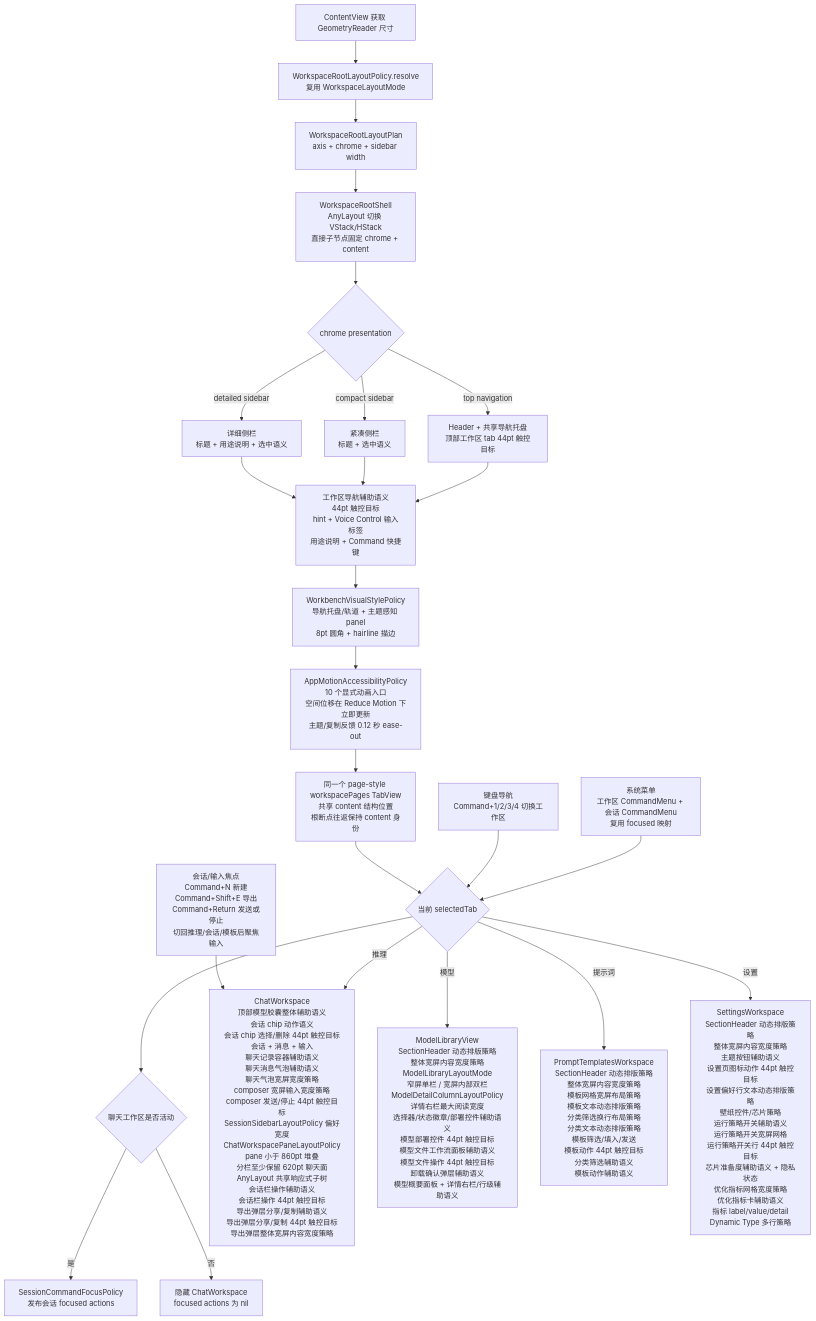
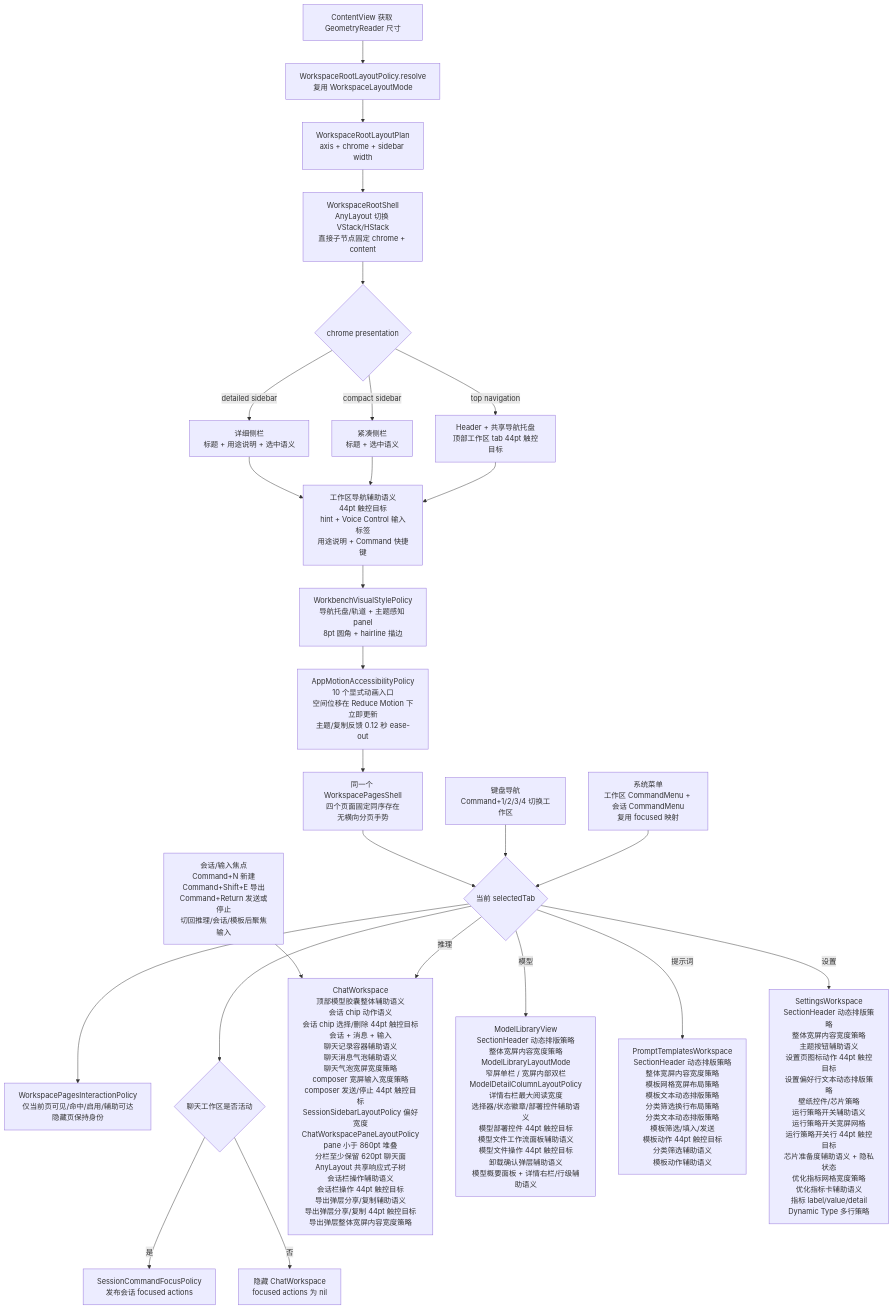
One commit to Altman-sam114/113 changed the fifth of 10 diagrams in md/flow/flowchart.md. Above: the diagram before and after it, drawn with Mermaid. The commit also changed other lines of this file and 8 other files, not shown here.

````diff
--- a/md/flow/flowchart.md
+++ b/md/flow/flowchart.md
@@ -93,27 +94,28 @@
 ```mermaid
 flowchart TD
     A[ContentView 获取 GeometryReader 尺寸] --> B[WorkspaceRootLayoutPolicy.resolve<br/>复用 WorkspaceLayoutMode]
     B --> C[WorkspaceRootLayoutPlan<br/>axis + chrome + sidebar width]
     C --> D[WorkspaceRootShell<br/>AnyLayout 切换 VStack/HStack<br/>直接子节点固定 chrome + content]
     D --> E{chrome presentation}
     E -- top navigation --> N[Header + 共享导航托盘<br/>顶部工作区 tab 44pt 触控目标]
     E -- detailed sidebar --> O[详细侧栏<br/>标题 + 用途说明 + 选中语义]
     E -- compact sidebar --> P[紧凑侧栏<br/>标题 + 选中语义]
     O --> X[工作区导航辅助语义<br/>44pt 触控目标<br/>hint + Voice Control 输入标签<br/>用途说明 + Command 快捷键]
     P --> X
     X --> V[WorkbenchVisualStylePolicy<br/>导航托盘/轨道 + 主题感知 panel<br/>8pt 圆角 + hairline 描边]
     V --> R[AppMotionAccessibilityPolicy<br/>10 个显式动画入口<br/>空间位移在 Reduce Motion 下立即更新<br/>主题/复制反馈 0.12 秒 ease-out]
-    R --> T[同一个 page-style workspacePages TabView<br/>共享 content 结构位置<br/>根断点往返保持 content 身份]
+    R --> T[同一个 WorkspacePagesShell<br/>四个页面固定同序存在<br/>无横向分页手势]
     N --> X
     T --> F{当前 selectedTab}
+    F --> Y[WorkspacePagesInteractionPolicy<br/>仅当前页可见/命中/启用/辅助可达<br/>隐藏页保持身份]
     K[键盘导航<br/>Command+1/2/3/4 切换工作区] --> F
     M[系统菜单<br/>工作区 CommandMenu + 会话 CommandMenu<br/>复用 focused 映射] --> F
     F --> Q{聊天工作区是否活动}
     Q -- 是 --> S[SessionCommandFocusPolicy<br/>发布会话 focused actions]
     Q -- 否 --> U[隐藏 ChatWorkspace<br/>focused actions 为 nil]
     L[会话/输入焦点<br/>Command+N 新建<br/>Command+Shift+E 导出<br/>Command+Return 发送或停止<br/>切回推理/会话/模板后聚焦输入] --> G
     F -- 推理 --> G[ChatWorkspace<br/>顶部模型胶囊整体辅助语义<br/>会话 chip 动作语义<br/>会话 chip 选择/删除 44pt 触控目标<br/>会话 + 消息 + 输入<br/>聊天记录容器辅助语义<br/>聊天消息气泡辅助语义<br/>聊天气泡宽屏宽度策略<br/>composer 宽屏输入宽度策略<br/>composer 发送/停止 44pt 触控目标<br/>SessionSidebarLayoutPolicy 偏好宽度<br/>ChatWorkspacePaneLayoutPolicy<br/>pane 小于 860pt 堆叠<br/>分栏至少保留 620pt 聊天面<br/>AnyLayout 共享响应式子树<br/>会话栏操作辅助语义<br/>会话栏操作 44pt 触控目标<br/>导出弹层分享/复制辅助语义<br/>导出弹层分享/复制 44pt 触控目标<br/>导出弹层整体宽屏内容宽度策略]
     F -- 模型 --> H[ModelLibraryView<br/>SectionHeader 动态排版策略<br/>整体宽屏内容宽度策略<br/>ModelLibraryLayoutMode<br/>窄屏单栏 / 宽屏内部双栏<br/>ModelDetailColumnLayoutPolicy<br/>详情右栏最大阅读宽度<br/>选择器/状态徽章/部署控件辅助语义<br/>模型部署控件 44pt 触控目标<br/>模型文件工作流面板辅助语义<br/>模型文件操作 44pt 触控目标<br/>卸载确认弹层辅助语义<br/>模型概要面板 + 详情右栏/行级辅助语义]
     F -- 提示词 --> I[PromptTemplatesWorkspace<br/>SectionHeader 动态排版策略<br/>整体宽屏内容宽度策略<br/>模板网格宽屏布局策略<br/>模板文本动态排版策略<br/>分类筛选换行布局策略<br/>分类文本动态排版策略<br/>模板筛选/填入/发送<br/>模板动作 44pt 触控目标<br/>分类筛选辅助语义<br/>模板动作辅助语义]
     F -- 设置 --> J[SettingsWorkspace<br/>SectionHeader 动态排版策略<br/>整体宽屏内容宽度策略<br/>主题按钮辅助语义<br/>设置页图标动作 44pt 触控目标<br/>设置偏好行文本动态排版策略<br/>壁纸控件/芯片策略<br/>运行策略开关辅助语义<br/>运行策略开关宽屏网格<br/>运行策略开关行 44pt 触控目标<br/>芯片准备度辅助语义 + 隐私状态<br/>优化指标网格宽度策略<br/>优化指标卡辅助语义<br/>指标 label/value/detail<br/>Dynamic Type 多行策略]
 ```
````
